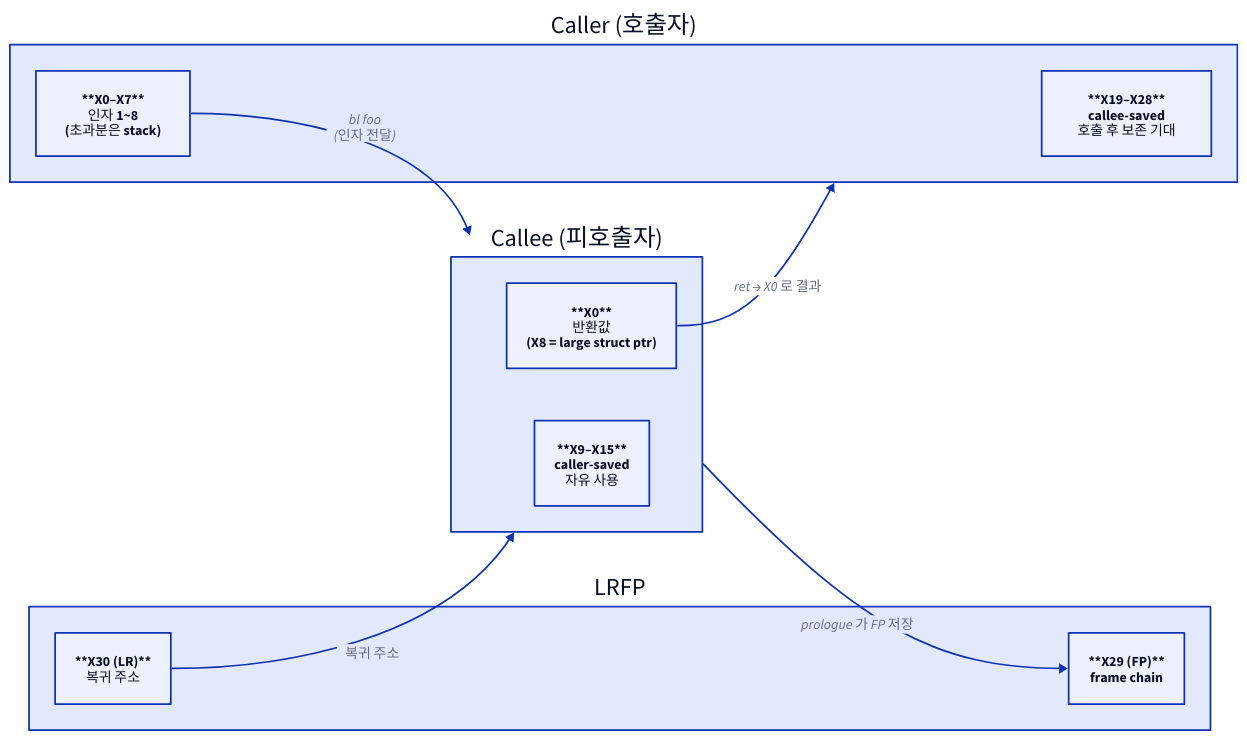
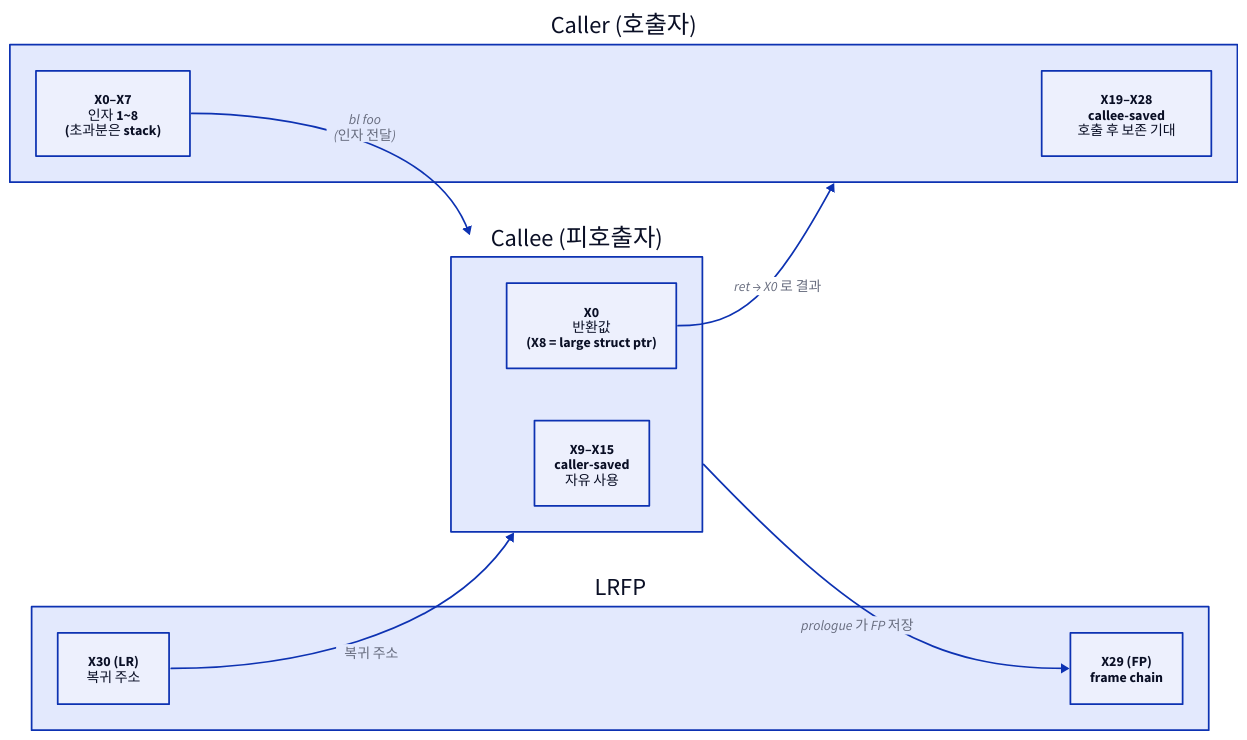
One commit to humbleowl39/DV_SKOOL changed the first of 2 diagrams in starlight_site/src/content/docs/cpu_arm/08_assembly_patterns.md. Above: the diagram before and after it, drawn with D2. The commit also changed other lines of this file and 714 other files, not shown here.

First line of the commit message:
fix(site): d2 다이어그램 가독성 결함 6종 일괄 수정

````diff
--- a/starlight_site/src/content/docs/cpu_arm/08_assembly_patterns.md
+++ b/starlight_site/src/content/docs/cpu_arm/08_assembly_patterns.md
@@ -49,23 +49,23 @@
 ```d2
 direction: right
 
 CALLER: {
   label: "Caller (호출자)"
-  args: "**X0–X7**\n인자 1~8\n(초과분은 stack)"
-  cs: "**X19–X28**\ncallee-saved\n호출 후 보존 기대"
+  args: "X0–X7\n인자 1~8\n(초과분은 stack)"
+  cs: "X19–X28\ncallee-saved\n호출 후 보존 기대"
 }
 CALLEE: {
   label: "Callee (피호출자)"
-  ret: "**X0**\n반환값\n(X8 = large struct ptr)"
-  scratch: "**X9–X15**\ncaller-saved\n자유 사용"
+  ret: "X0\n반환값\n(X8 = large struct ptr)"
+  scratch: "X9–X15\ncaller-saved\n자유 사용"
 }
 LRFP: {
-  lr: "**X30 (LR)**\n복귀 주소"
-  fp: "**X29 (FP)**\nframe chain"
+  lr: "X30 (LR)\n복귀 주소"
+  fp: "X29 (FP)\nframe chain"
 }
 
 CALLER.args -> CALLEE: "bl foo\n(인자 전달)"
 CALLEE.ret -> CALLER: "ret → X0 로 결과"
 LRFP.lr -> CALLEE: "복귀 주소"
 CALLEE -> LRFP.fp: "prologue 가 FP 저장"
 ```
````
